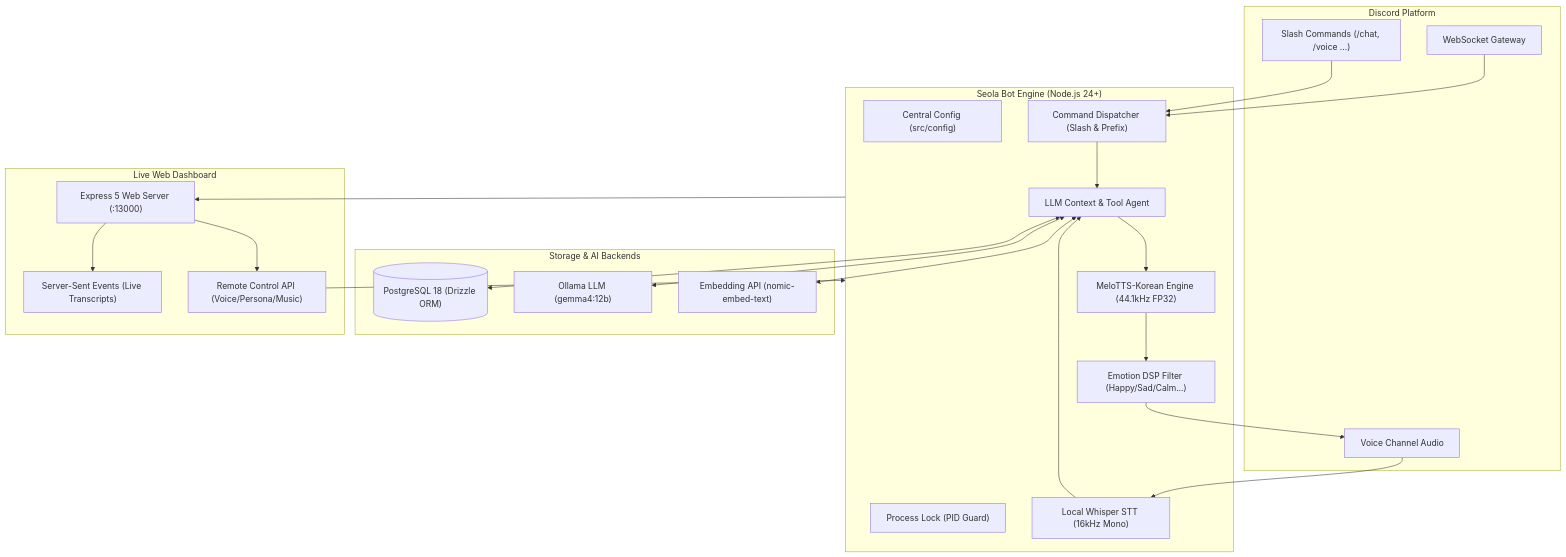
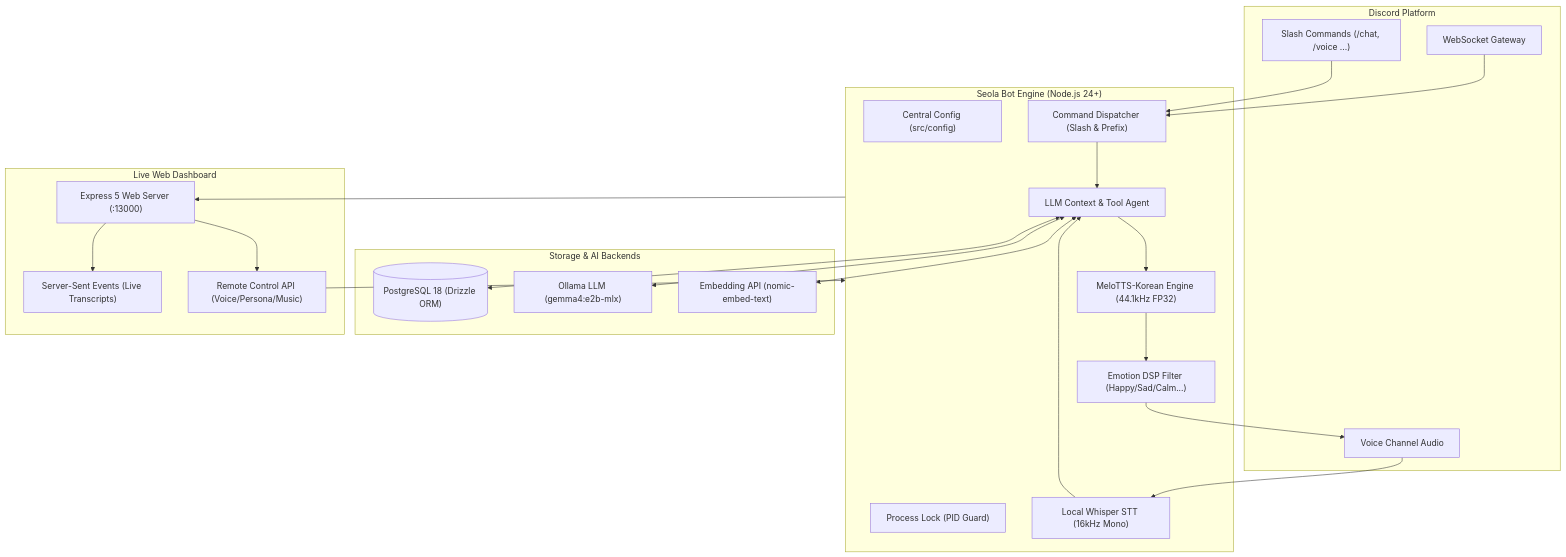
The diagram in README.md (michael07dt2/discord-bot-seola), drawn with Mermaid before and after one commit. The commit also changed other lines of this file and 3 other files, not shown here.

Commit message:
chore: set default model to gemma4:e2b-mlx and auto-migrate legacy memory embeddings

````diff
--- a/README.md
+++ b/README.md
@@ -10,49 +10,49 @@
 ```mermaid
 flowchart TD
     subgraph Discord["Discord Platform"]
         WS["WebSocket Gateway"]
         Slash["Slash Commands (/chat, /voice ...)"]
         VC["Voice Channel Audio"]
     end
 
     subgraph Core["Seola Bot Engine (Node.js 24+)"]
         Config["Central Config (src/config)"]
         Lock["Process Lock (PID Guard)"]
         Router["Command Dispatcher (Slash & Prefix)"]
         STT["Local Whisper STT (16kHz Mono)"]
         LLM_Client["LLM Context & Tool Agent"]
         TTS["MeloTTS-Korean Engine (44.1kHz FP32)"]
         DSP["Emotion DSP Filter (Happy/Sad/Calm...)"]
     end
 
     subgraph Storage["Storage & AI Backends"]
         PG[("PostgreSQL 18 (Drizzle ORM)")]
-        Ollama["Ollama LLM (gemma4:12b)"]
+        Ollama["Ollama LLM (gemma4:e2b-mlx)"]
         Embed["Embedding API (nomic-embed-text)"]
     end
 
     subgraph Dashboard["Live Web Dashboard"]
         Express["Express 5 Web Server (:13000)"]
         SSE["Server-Sent Events (Live Transcripts)"]
         Control["Remote Control API (Voice/Persona/Music)"]
     end
 
     WS --> Router
     Slash --> Router
     VC --> STT
     STT --> LLM_Client
     Router --> LLM_Client
 
     LLM_Client <--> PG
     LLM_Client <--> Ollama
     LLM_Client <--> Embed
 
     LLM_Client --> TTS
     TTS --> DSP
     DSP --> VC
 
     Core --> Express
     Express --> SSE
     Express --> Control
     Control --> Core
 ```
````
